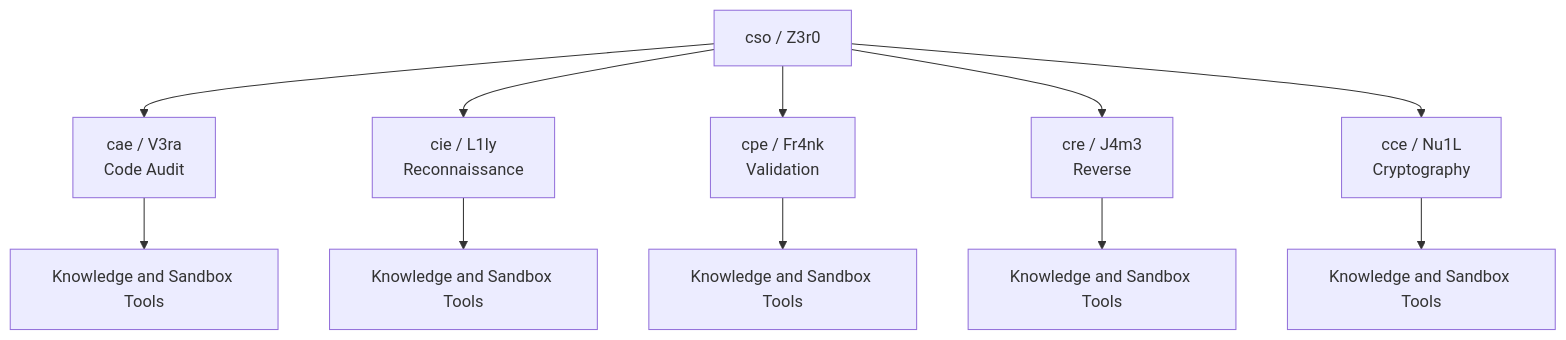
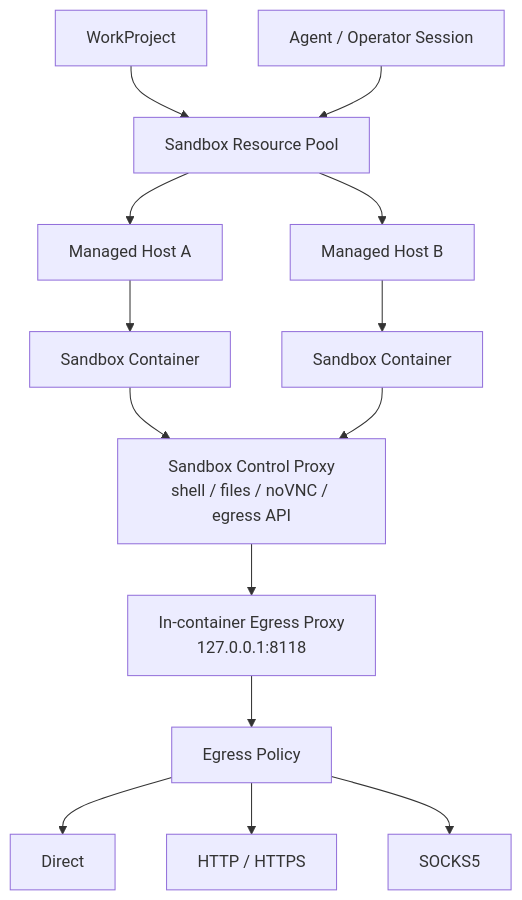
One commit to MolTau9527/Z3r0 changed the fourth of 4 diagrams in README.md. Above: the diagram before and after it, drawn with Mermaid. The commit also changed other lines of this file and 38 other files, not shown here.

````diff
--- a/README.md
+++ b/README.md
@@ -109,15 +172,26 @@
 ```mermaid
 flowchart TB
-  CSO["cso / Z3r0"]
-  CSO --> CAE["cae / V3ra<br/>Code Audit"]
-  CSO --> CIE["cie / L1ly<br/>Reconnaissance"]
-  CSO --> CPE["cpe / Fr4nk<br/>Validation"]
-  CSO --> CRE["cre / J4m3<br/>Reverse"]
-  CSO --> CCE["cce / Nu1L<br/>Cryptography"]
+  Project["WorkProject"]
+  Runtime["Agent / Operator Session"]
+  Pool["Sandbox Resource Pool"]
+  HostA["Managed Host A"]
+  HostB["Managed Host B"]
+  ContainerA["Sandbox Container"]
+  ContainerB["Sandbox Container"]
+  Control["Sandbox Control Proxy<br/>shell / files / noVNC / egress API"]
+  LocalProxy["In-container Egress Proxy<br/>127.0.0.1:8118"]
+  Policy["Egress Policy"]
+  Direct["Direct"]
+  HTTP["HTTP / HTTPS"]
+  SOCKS["SOCKS5"]
 
-  CAE --> A1["Knowledge and Sandbox Tools"]
-  CIE --> K1["Knowledge and Sandbox Tools"]
-  CPE --> S1["Knowledge and Sandbox Tools"]
-  CRE --> S2["Knowledge and Sandbox Tools"]
-  CCE --> S3["Knowledge and Sandbox Tools"]
+  Project --> Pool
+  Runtime --> Pool
+  Pool --> HostA --> ContainerA
+  Pool --> HostB --> ContainerB
+  ContainerA --> Control --> LocalProxy --> Policy
+  ContainerB --> Control
+  Policy --> Direct
+  Policy --> HTTP
+  Policy --> SOCKS
 ```
````
